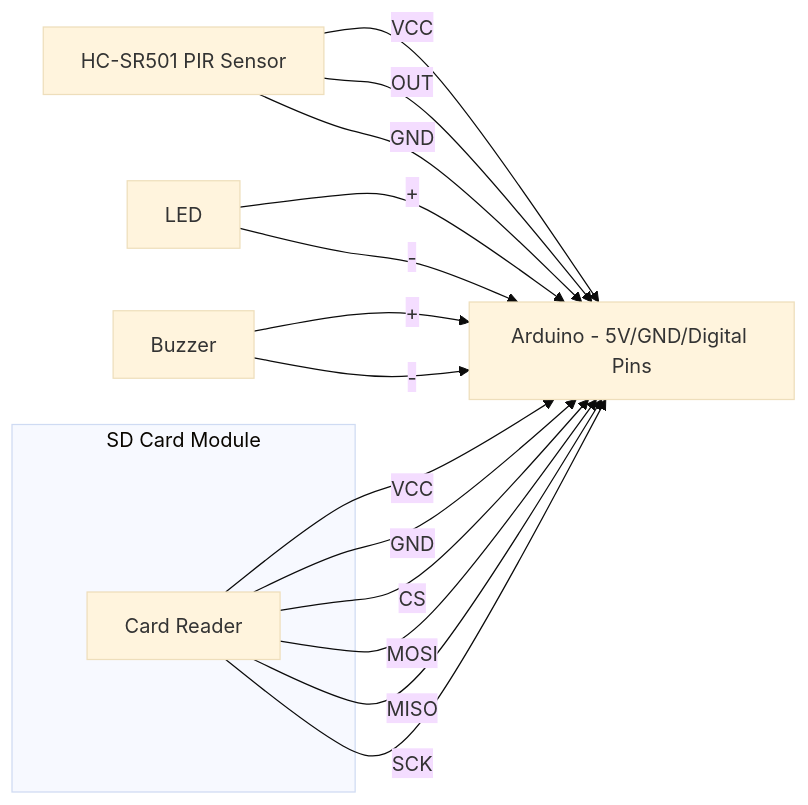
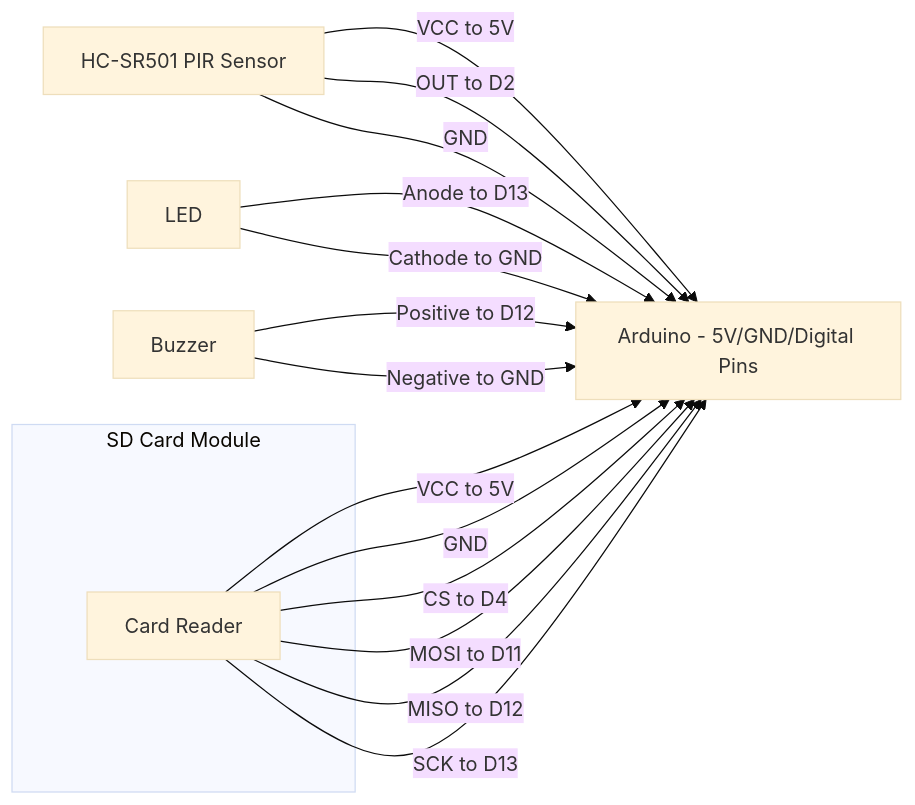
The third of 4 diagrams in PIR Sensor/README.md (Customize5773/Arduino-School-Project), drawn with Mermaid (base theme) before and after one commit.

````diff
--- a/PIR Sensor/README.md
+++ b/PIR Sensor/README.md
@@ -61,30 +61,30 @@
 ```mermaid
 graph LR
     %% Arduino node
     Arduino[Arduino - 5V/GND/Digital Pins]
 
     %% PIR Sensor nodes and connections
     PIR[HC-SR501 PIR Sensor]
-    PIR -->|VCC| Arduino
-    PIR -->|OUT| Arduino
+    PIR -->|VCC to 5V| Arduino
+    PIR -->|OUT to D2| Arduino
     PIR -->|GND| Arduino
 
     %% Output devices
     LED[LED]
     Buzzer[Buzzer]
-    LED -->|+| Arduino
-    LED -->|-| Arduino
-    Buzzer -->|+| Arduino
-    Buzzer -->|-| Arduino
+    LED -->|Anode to D13| Arduino
+    LED -->|Cathode to GND| Arduino
+    Buzzer -->|Positive to D12| Arduino
+    Buzzer -->|Negative to GND| Arduino
 
-    %% SD Module subgraph
+    %% SD Module
     subgraph SDModule[SD Card Module]
         SD[Card Reader]
     end
-    SD -->|VCC| Arduino
+    SD -->|VCC to 5V| Arduino
     SD -->|GND| Arduino
-    SD -->|CS| Arduino
-    SD -->|MOSI| Arduino
-    SD -->|MISO| Arduino
-    SD -->|SCK| Arduino
+    SD -->|CS to D4| Arduino
+    SD -->|MOSI to D11| Arduino
+    SD -->|MISO to D12| Arduino
+    SD -->|SCK to D13| Arduino
 ```
````
